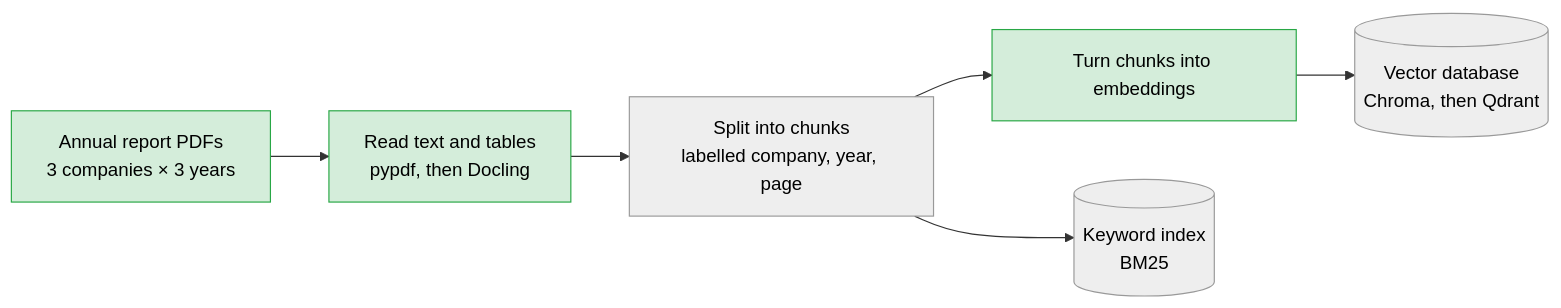
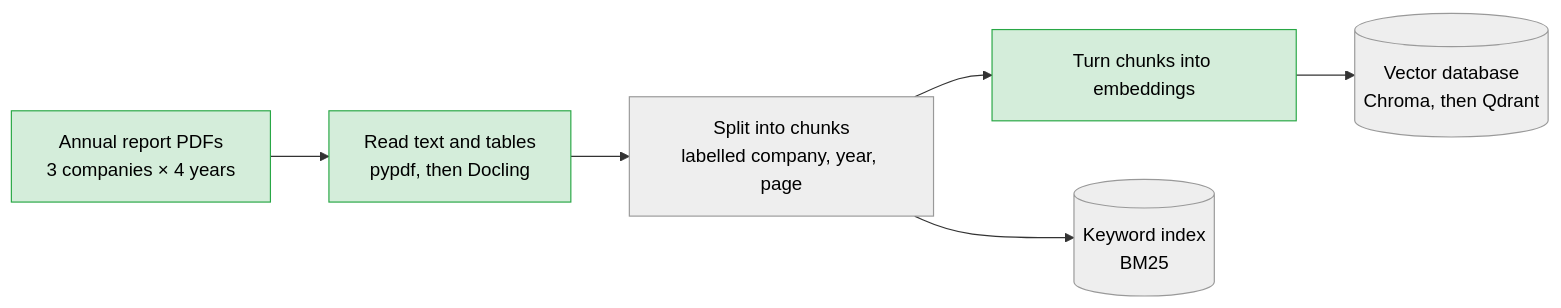
The third of 5 diagrams in README.md (Ankush-Manhas840/finsight), drawn with Mermaid before and after one commit. The commit also changed other lines of this file and 2 other files, not shown here.

Commit message:
Add FY2026 annual reports (latest year)

````diff
--- a/README.md
+++ b/README.md
@@ -189,11 +189,11 @@
 ```mermaid
 flowchart LR
-    PDF["Annual report PDFs<br/>3 companies × 3 years"]:::done --> READ["Read text and tables<br/>pypdf, then Docling"]:::done
+    PDF["Annual report PDFs<br/>3 companies × 4 years"]:::done --> READ["Read text and tables<br/>pypdf, then Docling"]:::done
     READ --> CHUNK["Split into chunks<br/>labelled company, year, page"]:::todo
     CHUNK --> EMB["Turn chunks into embeddings"]:::done
     EMB --> VDB[("Vector database<br/>Chroma, then Qdrant")]:::todo
     CHUNK --> KW[("Keyword index<br/>BM25")]:::todo
 
     classDef done fill:#d4edda,stroke:#28a745,color:#000
     classDef todo fill:#eeeeee,stroke:#999999,color:#000
 ```
````
